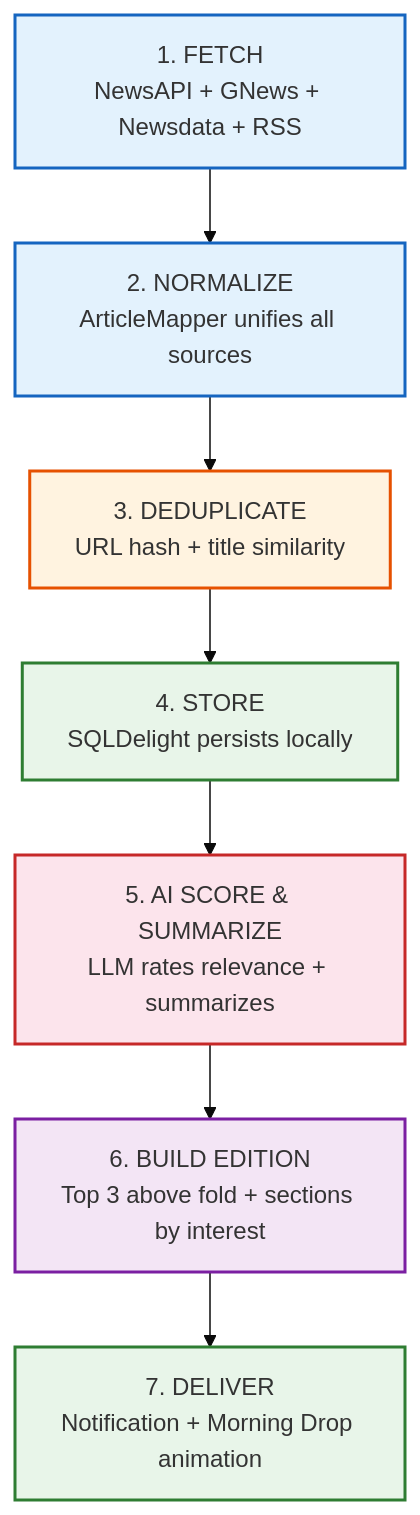
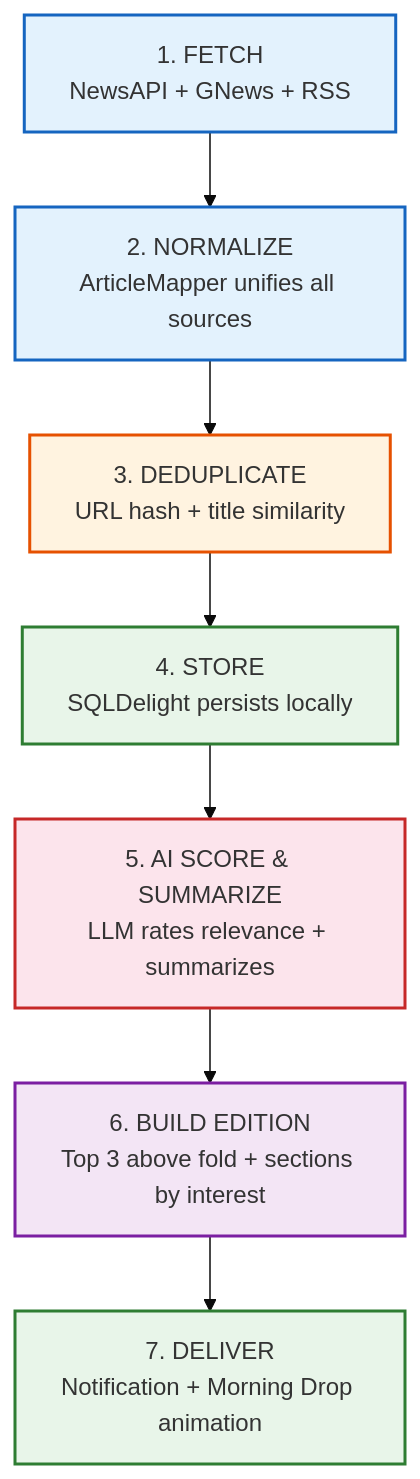
Before and after one commit to RandhirGupta/PaperwalaApp: the fifth of 10 diagrams in ARCHITECTURE.md, drawn with Mermaid. The commit also changed other lines of this file and 15 other files, not shown here.

First line of the commit message:
Secure API keys, remove Newsdata, interactive settings, fix article link & images

````diff
--- a/ARCHITECTURE.md
+++ b/ARCHITECTURE.md
@@ -139,18 +138,18 @@
 ```mermaid
 %%{init: {'theme': 'base', 'themeVariables': {'fontSize': '16px'}}}%%
 flowchart TD
-    A["1. FETCH<br/>NewsAPI + GNews + Newsdata + RSS"] --> B["2. NORMALIZE<br/>ArticleMapper unifies all sources"]
+    A["1. FETCH<br/>NewsAPI + GNews + RSS"] --> B["2. NORMALIZE<br/>ArticleMapper unifies all sources"]
     B --> C["3. DEDUPLICATE<br/>URL hash + title similarity"]
     C --> D["4. STORE<br/>SQLDelight persists locally"]
     D --> E["5. AI SCORE & SUMMARIZE<br/>LLM rates relevance + summarizes"]
     E --> F["6. BUILD EDITION<br/>Top 3 above fold + sections by interest"]
     F --> G["7. DELIVER<br/>Notification + Morning Drop animation"]
 
     style A fill:#E3F2FD,stroke:#1565C0,stroke-width:2px
     style B fill:#E3F2FD,stroke:#1565C0,stroke-width:2px
     style C fill:#FFF3E0,stroke:#E65100,stroke-width:2px
     style D fill:#E8F5E9,stroke:#2E7D32,stroke-width:2px
     style E fill:#FCE4EC,stroke:#C62828,stroke-width:2px
     style F fill:#F3E5F5,stroke:#7B1FA2,stroke-width:2px
     style G fill:#E8F5E9,stroke:#2E7D32,stroke-width:2px
 ```
````
